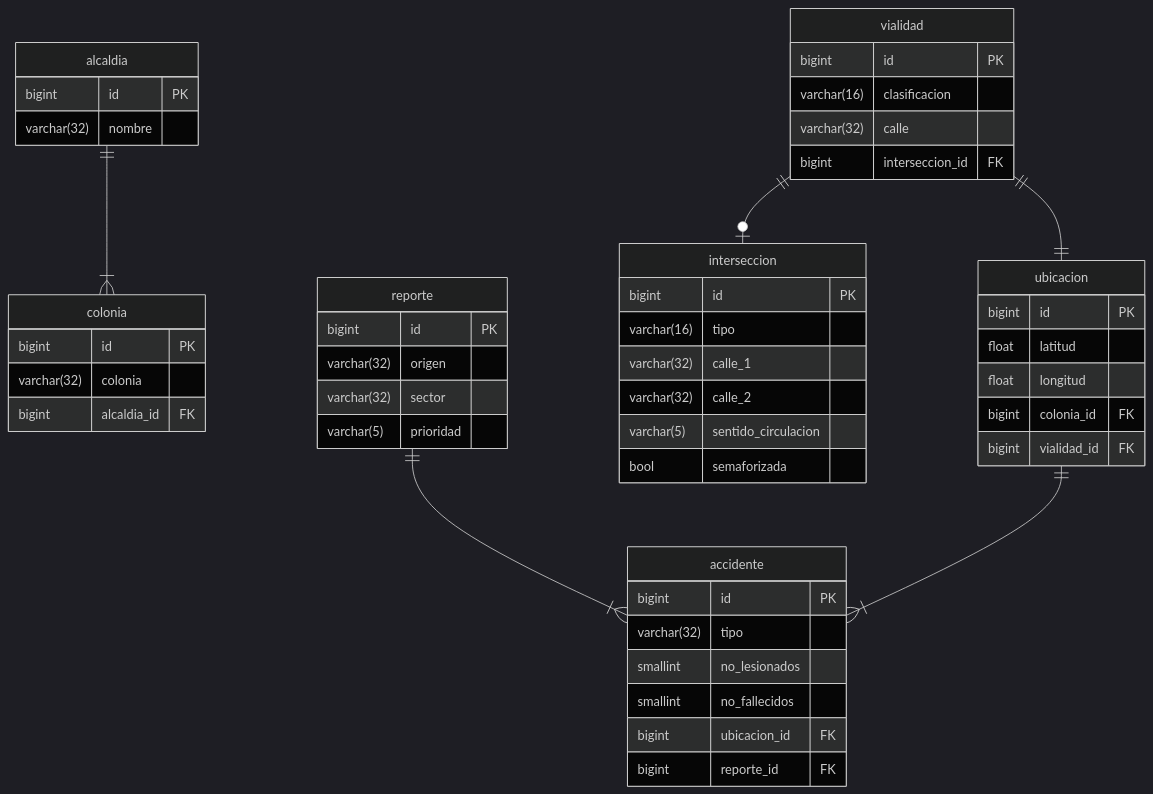
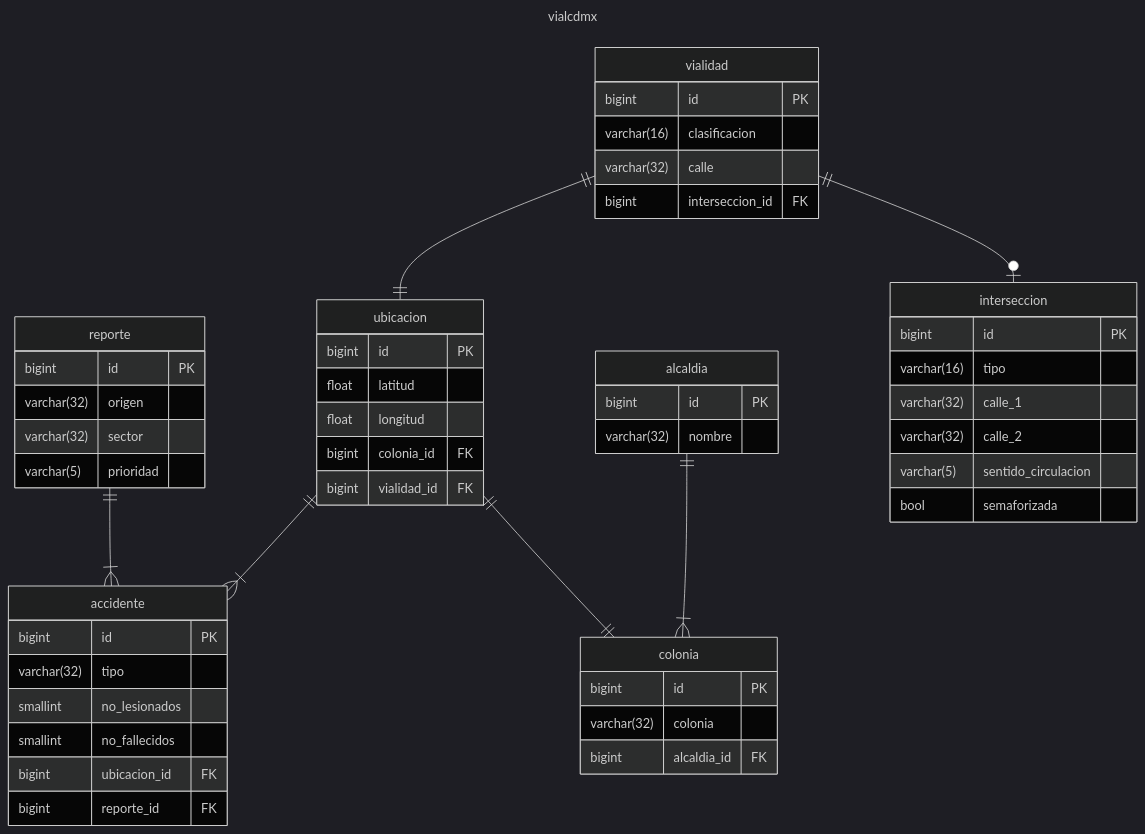
One commit to joltdot/proyecto_bd changed the diagram in README.md. Above: the diagram before and after it, drawn with Mermaid (dark theme). The commit also changed other lines of this file, not shown here.

Commit message:
Enhance README with ERD and schema updates
Added ERD diagram and updated database schema details.

````diff
--- a/README.md
+++ b/README.md
@@ -361,57 +361,59 @@
 ```mermaid
+---
+title: vialcdmx
+---
+
 erDiagram
     ubicacion ||--|{ accidente : " "
     reporte || -- |{ accidente : " "
     alcaldia ||--|{ colonia : " "
+    ubicacion ||--|| colonia : " "
     vialidad ||--o| interseccion : " "
     vialidad ||--|| ubicacion : " "
-    
-    
-    
     accidente {
         bigint id PK
         varchar(32) tipo
         smallint no_lesionados
         smallint no_fallecidos
-        bigint ubicacion_id FK
+        bigint ubicacion_id FK 
         bigint reporte_id FK
     }
     alcaldia {
         bigint id PK
         varchar(32) nombre
     }
     colonia {
         bigint id PK
         varchar(32) colonia
         bigint alcaldia_id FK
     }
     interseccion {
         bigint id PK
         varchar(16) tipo
         varchar(32) calle_1
         varchar(32) calle_2
         varchar(5) sentido_circulacion
         bool semaforizada
     }
     vialidad {
         bigint id PK
         varchar(16) clasificacion
-        varchar(32) calle
-        bigint interseccion_id FK
+        varchar(32) calle 
+        bigint interseccion_id FK 
     }
     ubicacion {
         bigint id PK
         float latitud
         float longitud
-        bigint colonia_id FK
-        bigint vialidad_id FK
+        bigint colonia_id FK 
+        bigint vialidad_id FK 
         
     }
     reporte {
         bigint id PK
         varchar(32) origen
         varchar(32) sector
         varchar(5) prioridad
     }
 
 ```
````
